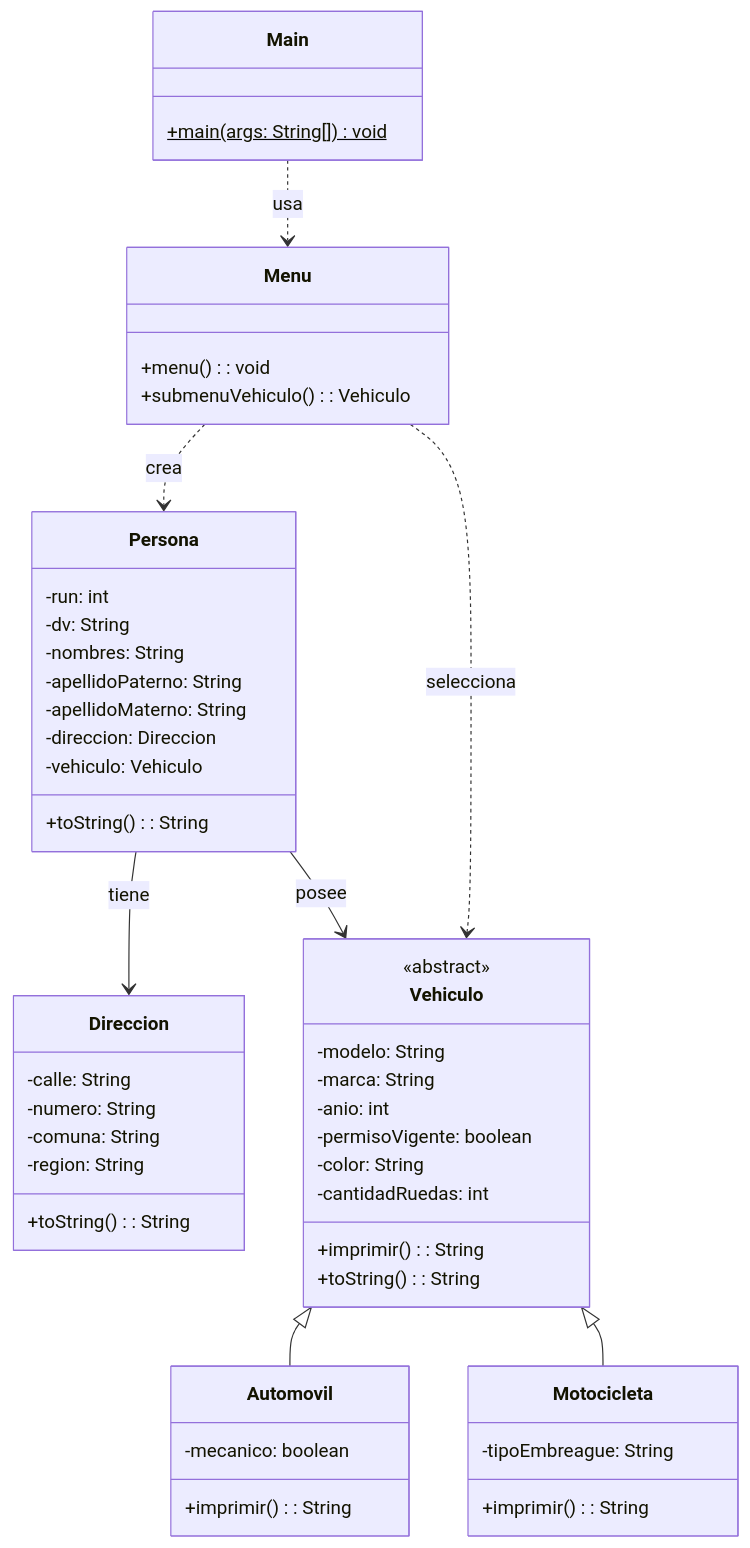
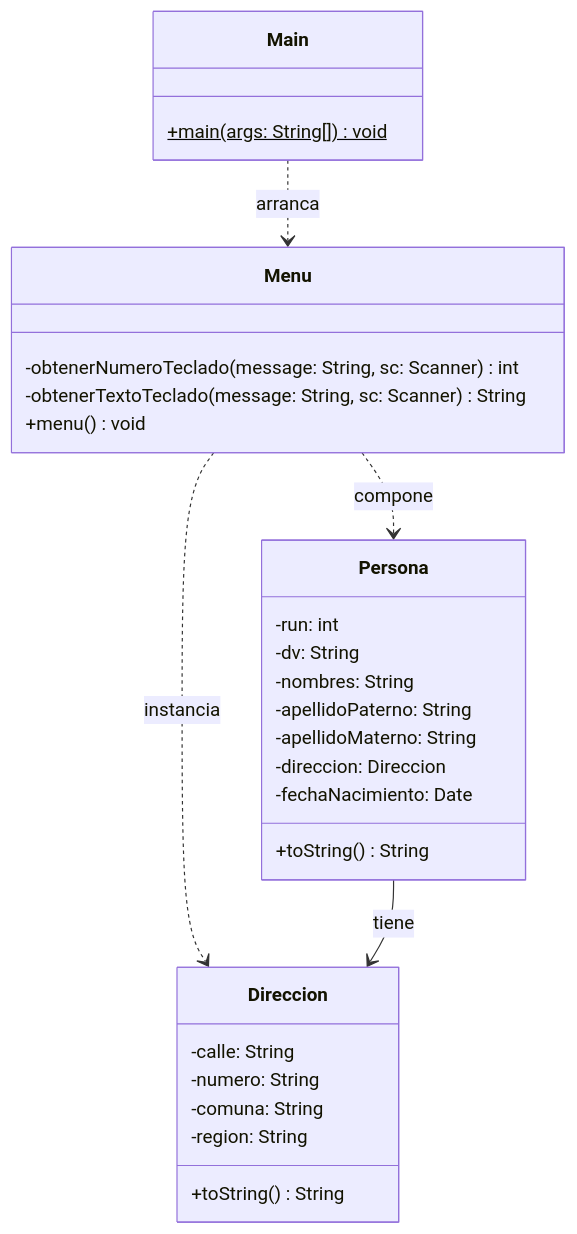
Before and after one commit to elprofecarreno/poo-fundaments: the second of 3 diagrams in 08/README.md, drawn with Mermaid. The commit also changed other lines of this file and 15 other files, not shown here.

````diff
--- a/08/README.md
+++ b/08/README.md
@@ -11,60 +64,36 @@
 ```mermaid
 classDiagram
     class Main {
         +main(args: String[])$ void
     }
 
     class Menu {
-        +menu(): void
-        +submenuVehiculo(): Vehiculo
-    }
-
-    class Vehiculo {
-        <<abstract>>
-        -modelo: String
-        -marca: String
-        -anio: int
-        -permisoVigente: boolean
-        -color: String
-        -cantidadRuedas: int
-        +imprimir(): String
-        +toString(): String
-    }
-
-    class Automovil {
-        -mecanico: boolean
-        +imprimir(): String
-    }
-
-    class Motocicleta {
-        -tipoEmbreague: String
-        +imprimir(): String
+        -obtenerNumeroTeclado(message: String, sc: Scanner) int
+        -obtenerTextoTeclado(message: String, sc: Scanner) String
+        +menu() void
     }
 
     class Persona {
         -run: int
         -dv: String
         -nombres: String
         -apellidoPaterno: String
         -apellidoMaterno: String
         -direccion: Direccion
-        -vehiculo: Vehiculo
-        +toString(): String
+        -fechaNacimiento: Date
+        +toString() String
     }
 
     class Direccion {
         -calle: String
         -numero: String
         -comuna: String
         -region: String
-        +toString(): String
+        +toString() String
     }
 
-    Vehiculo <|-- Automovil
-    Vehiculo <|-- Motocicleta
+    Main ..> Menu : arranca
+    Menu ..> Persona : compone
+    Menu ..> Direccion : instancia
     Persona --> Direccion : tiene
-    Persona --> Vehiculo : posee
-    Main ..> Menu : usa
-    Menu ..> Persona : crea
-    Menu ..> Vehiculo : selecciona
 ```
````
